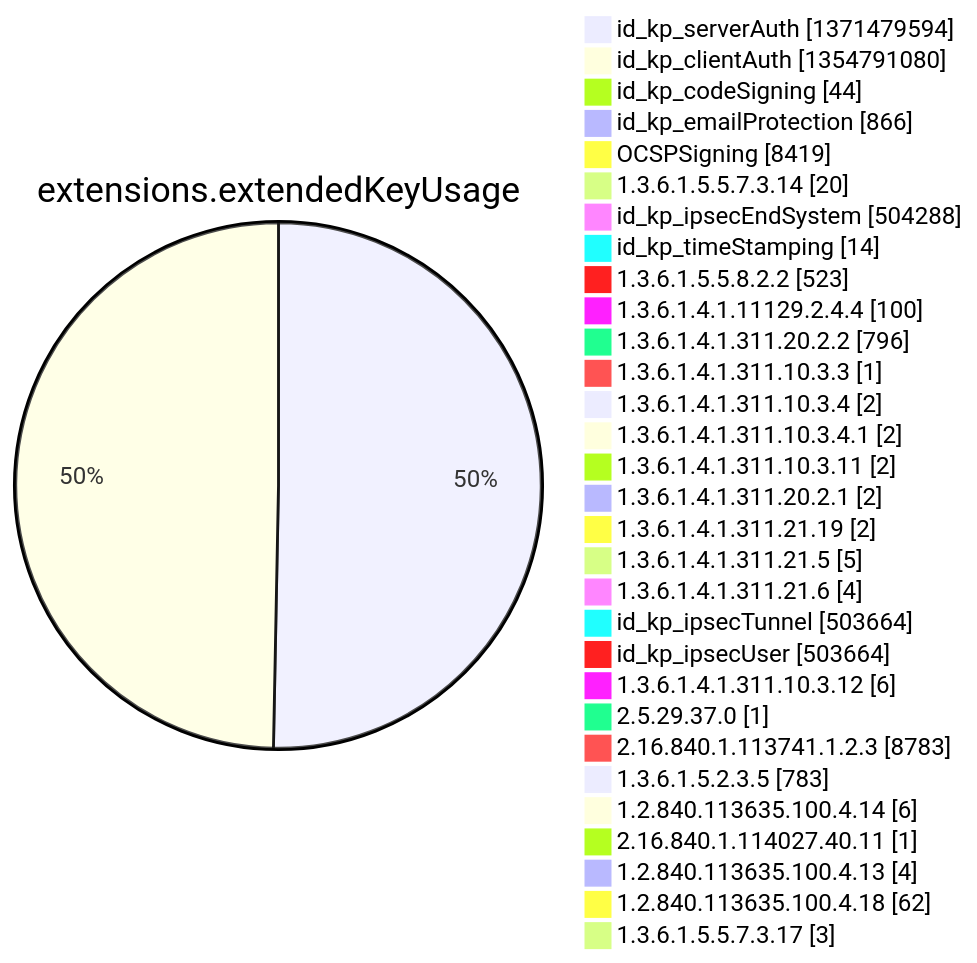
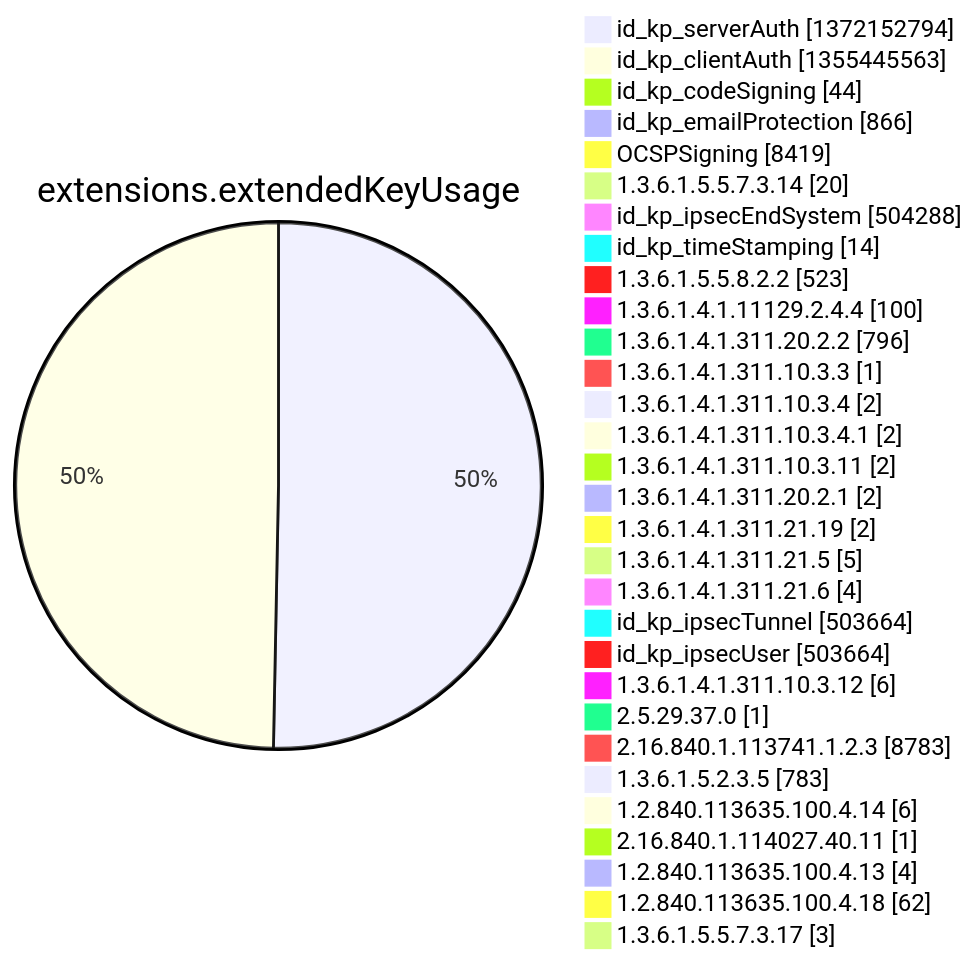
One commit to christiankrug/ctmonitor_visualization changed diagram 12 of 15 in argon2022/README.md. Above: the diagram before and after it, drawn with Mermaid. The commit also changed other lines of this file, not shown here.

````diff
--- a/argon2022/README.md
+++ b/argon2022/README.md
@@ -3553,34 +3553,34 @@
 ```mermaid
 pie showData
 title extensions.extendedKeyUsage
-"id_kp_serverAuth" :1371479594
-"id_kp_clientAuth" :1354791080
+"id_kp_serverAuth" :1372152794
+"id_kp_clientAuth" :1355445563
 "id_kp_codeSigning" :44
 "id_kp_emailProtection" :866
 "OCSPSigning" :8419
 "1.3.6.1.5.5.7.3.14" :20
 "id_kp_ipsecEndSystem" :504288
 "id_kp_timeStamping" :14
 "1.3.6.1.5.5.8.2.2" :523
 "1.3.6.1.4.1.11129.2.4.4" :100
 "1.3.6.1.4.1.311.20.2.2" :796
 "1.3.6.1.4.1.311.10.3.3" :1
 "1.3.6.1.4.1.311.10.3.4" :2
 "1.3.6.1.4.1.311.10.3.4.1" :2
 "1.3.6.1.4.1.311.10.3.11" :2
 "1.3.6.1.4.1.311.20.2.1" :2
 "1.3.6.1.4.1.311.21.19" :2
 "1.3.6.1.4.1.311.21.5" :5
 "1.3.6.1.4.1.311.21.6" :4
 "id_kp_ipsecTunnel" :503664
 "id_kp_ipsecUser" :503664
 "1.3.6.1.4.1.311.10.3.12" :6
 "2.5.29.37.0" :1
 "2.16.840.1.113741.1.2.3" :8783
 "1.3.6.1.5.2.3.5" :783
 "1.2.840.113635.100.4.14" :6
 "2.16.840.1.114027.40.11" :1
 "1.2.840.113635.100.4.13" :4
 "1.2.840.113635.100.4.18" :62
 "1.3.6.1.5.5.7.3.17" :3
 ```
````
